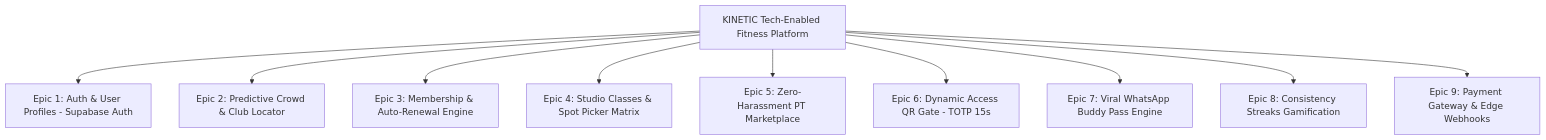
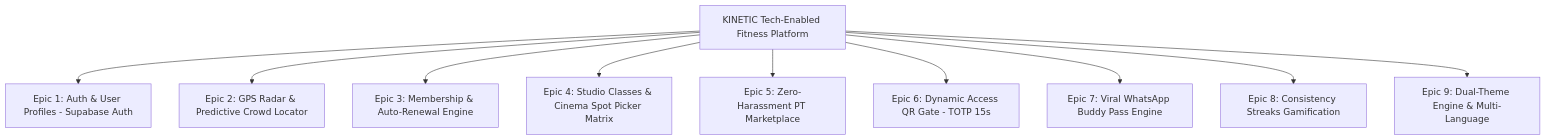
One commit to abimanyusetiadjie/Kinetic_GYM changed the diagram in PRD.md. Above: the diagram before and after it, drawn with Mermaid. The commit also changed other lines of this file and 1 other file, not shown here.

Commit message:
docs: update PRD, design system, and README with latest dual-theme and mobile-first specifications

````diff
--- a/PRD.md
+++ b/PRD.md
@@ -30,14 +32,14 @@
 ```mermaid
 graph TD
     Platform[KINETIC Tech-Enabled Fitness Platform]
     
     Platform --> Epic1[Epic 1: Auth & User Profiles - Supabase Auth]
-    Platform --> Epic2[Epic 2: Predictive Crowd & Club Locator]
+    Platform --> Epic2[Epic 2: GPS Radar & Predictive Crowd Locator]
     Platform --> Epic3[Epic 3: Membership & Auto-Renewal Engine]
-    Platform --> Epic4[Epic 4: Studio Classes & Spot Picker Matrix]
+    Platform --> Epic4[Epic 4: Studio Classes & Cinema Spot Picker Matrix]
     Platform --> Epic5[Epic 5: Zero-Harassment PT Marketplace]
     Platform --> Epic6[Epic 6: Dynamic Access QR Gate - TOTP 15s]
     Platform --> Epic7[Epic 7: Viral WhatsApp Buddy Pass Engine]
     Platform --> Epic8[Epic 8: Consistency Streaks Gamification]
-    Platform --> Epic9[Epic 9: Payment Gateway & Edge Webhooks]
+    Platform --> Epic9[Epic 9: Dual-Theme Engine & Multi-Language]
 ```
````
